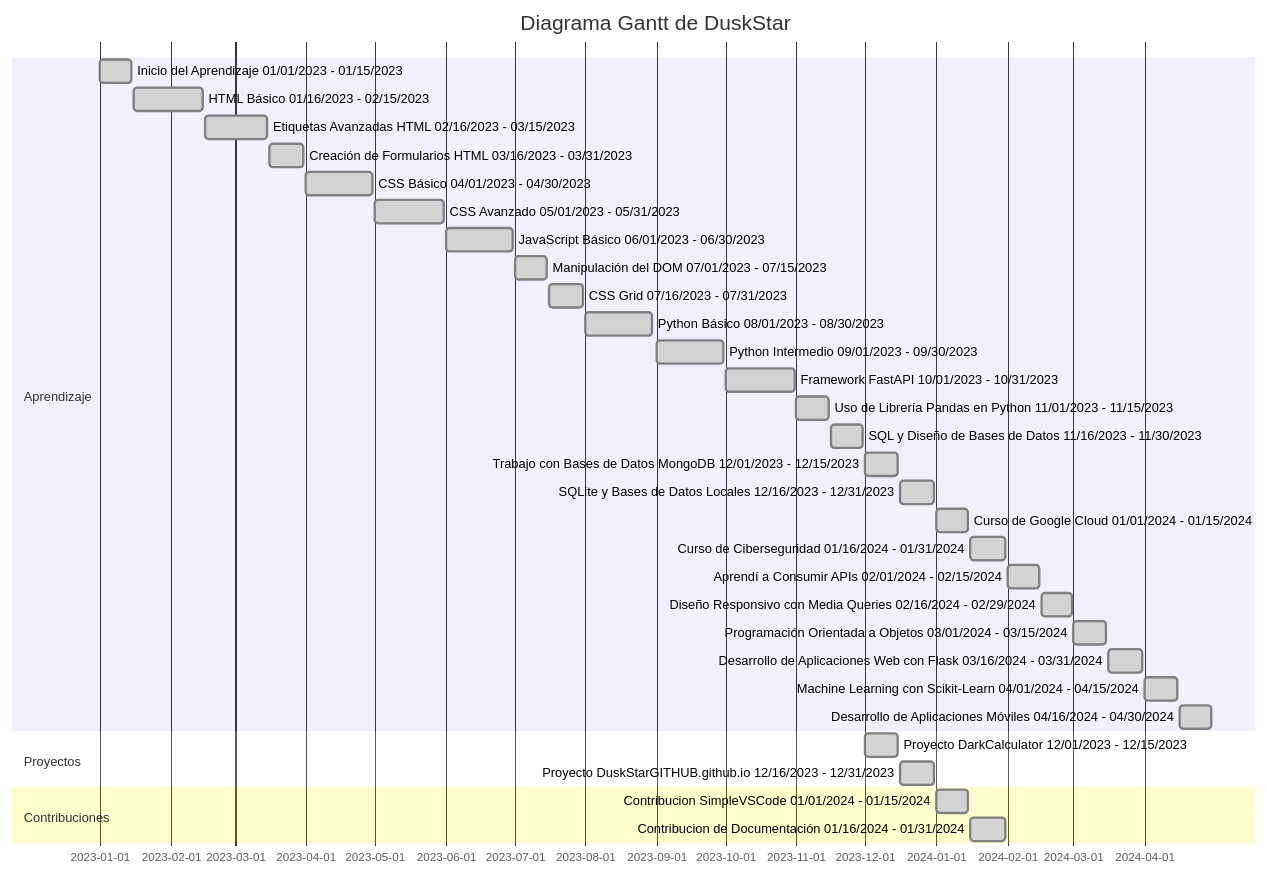
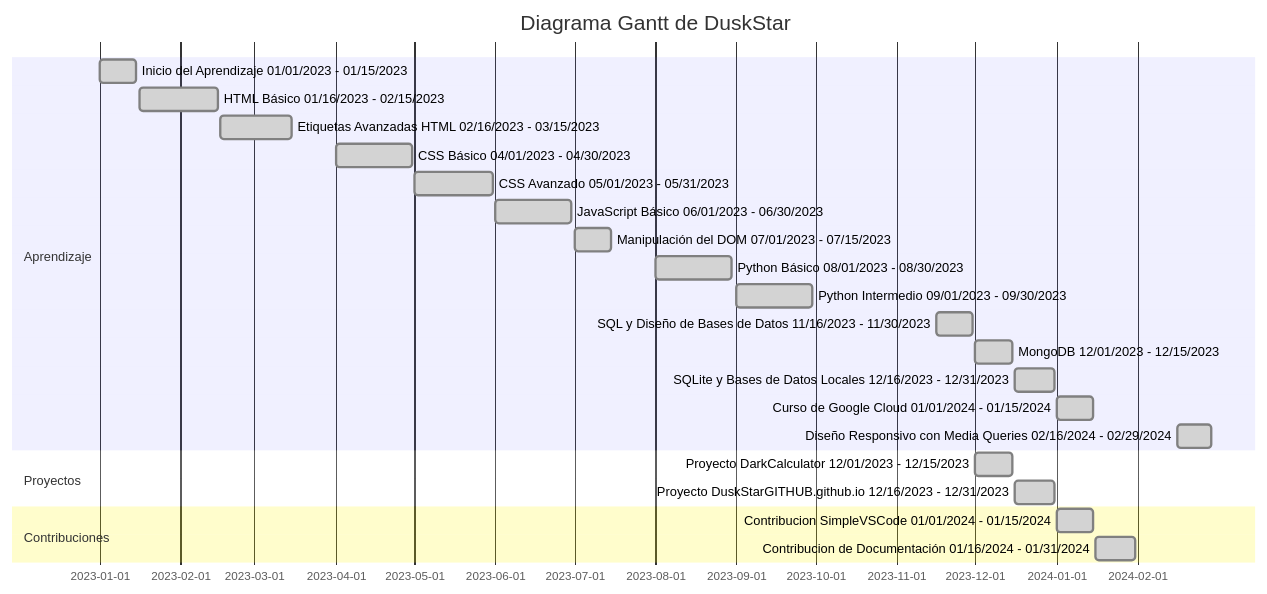
Before and after one commit to DuskStarGITHUB/DuskStarGITHUB: the diagram in README.md, drawn with Mermaid.

````diff
--- a/README.md
+++ b/README.md
@@ -108,40 +108,30 @@
 ```mermaid
 gantt
 	dateFormat MM/DD/YYYY
 	title Diagrama Gantt de DuskStar
 
 	section Aprendizaje
 		Inicio del Aprendizaje 01/01/2023 - 01/15/2023 :done, start1, 01/01/2023, 01/15/2023
         	HTML Básico 01/16/2023 - 02/15/2023 :done, html1, 01/16/2023, 02/15/2023
         	Etiquetas Avanzadas HTML 02/16/2023 - 03/15/2023 :done, html2, 02/16/2023, 03/15/2023
-        	Creación de Formularios HTML 03/16/2023 - 03/31/2023 :done, html3, 03/16/2023, 03/31/2023
         	CSS Básico 04/01/2023 - 04/30/2023 :done, css1, 04/01/2023, 04/30/2023
         	CSS Avanzado 05/01/2023 - 05/31/2023 :done, css2, 05/01/2023, 05/31/2023
         	JavaScript Básico 06/01/2023 - 06/30/2023 :done, js1, 06/01/2023, 06/30/2023
         	Manipulación del DOM 07/01/2023 - 07/15/2023 :done, js2, 07/01/2023, 07/15/2023
-        	CSS Grid 07/16/2023 - 07/31/2023 :done, css3, 07/16/2023, 07/31/2023
         	Python Básico 08/01/2023 - 08/30/2023 :done, python1, 08/01/2023, 08/30/2023
         	Python Intermedio 09/01/2023 - 09/30/2023 :done, python2, 09/01/2023, 09/30/2023
-        	Framework FastAPI 10/01/2023 - 10/31/2023 :done, fastapi1, 10/01/2023, 10/31/2023
-        	Uso de Librería Pandas en Python 11/01/2023 - 11/15/2023 :done, python3, 11/01/2023, 11/15/2023
         	SQL y Diseño de Bases de Datos 11/16/2023 - 11/30/2023 :done, sql1, 11/16/2023, 11/30/2023
-        	Trabajo con Bases de Datos MongoDB 12/01/2023 - 12/15/2023 :done, mongodb1, 12/01/2023, 12/15/2023
+        	MongoDB 12/01/2023 - 12/15/2023 :done, mongodb1, 12/01/2023, 12/15/2023
         	SQLite y Bases de Datos Locales 12/16/2023 - 12/31/2023 :done, sqlite1, 12/16/2023, 12/31/2023
         	Curso de Google Cloud 01/01/2024 - 01/15/2024 :done, cloud1, 01/01/2024, 01/15/2024
-        	Curso de Ciberseguridad 01/16/2024 - 01/31/2024 :done, cibersec1, 01/16/2024, 01/31/2024
-        	Aprendí a Consumir APIs 02/01/2024 - 02/15/2024 :done, api1, 02/01/2024, 02/15/2024
 		Diseño Responsivo con Media Queries 02/16/2024 - 02/29/2024 :done, media1, 02/16/2024, 02/29/2024
-        	Programación Orientada a Objetos 03/01/2024 - 03/15/2024 :done, oop1, 03/01/2024, 03/15/2024
-		Desarrollo de Aplicaciones Web con Flask 03/16/2024 - 03/31/2024 :done, flask1, 03/16/2024, 03/31/2024
-        	Machine Learning con Scikit-Learn 04/01/2024 - 04/15/2024 :done, ml1, 04/01/2024, 04/15/2024
-        	Desarrollo de Aplicaciones Móviles 04/16/2024 - 04/30/2024 :done, mobile1, 04/16/2024, 04/30/2024
 
 	section Proyectos
 		Proyecto DarkCalculator 12/01/2023 - 12/15/2023 :done, proyecto1, 12/01/2023, 12/15/2023
 		Proyecto DuskStarGITHUB.github.io 12/16/2023 - 12/31/2023 :done, proyecto2, 12/16/2023, 12/31/2023
 
 	section Contribuciones
 		Contribucion SimpleVSCode 01/01/2024 - 01/15/2024 :done, contribucion1, 01/01/2024, 01/15/2024
 		Contribucion de Documentación 01/16/2024 - 01/31/2024 :done, contribucion2, 01/16/2024, 01/31/2024
 
 ```
````
